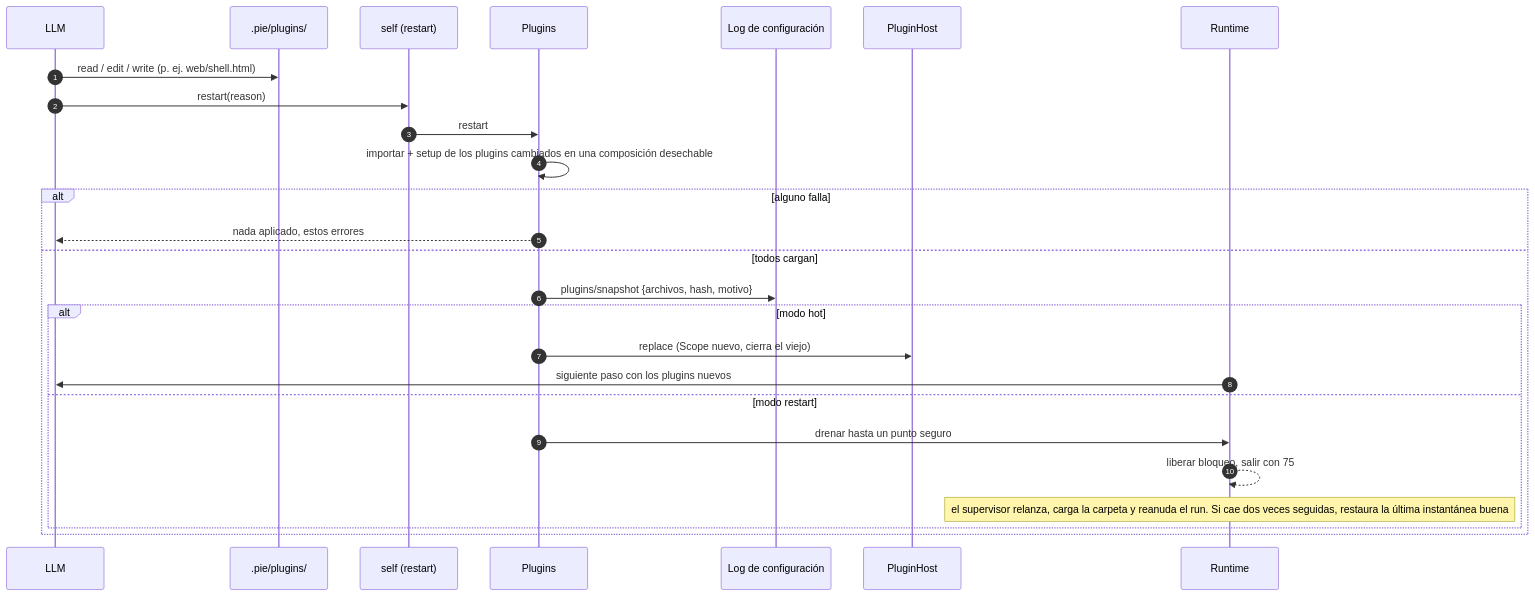
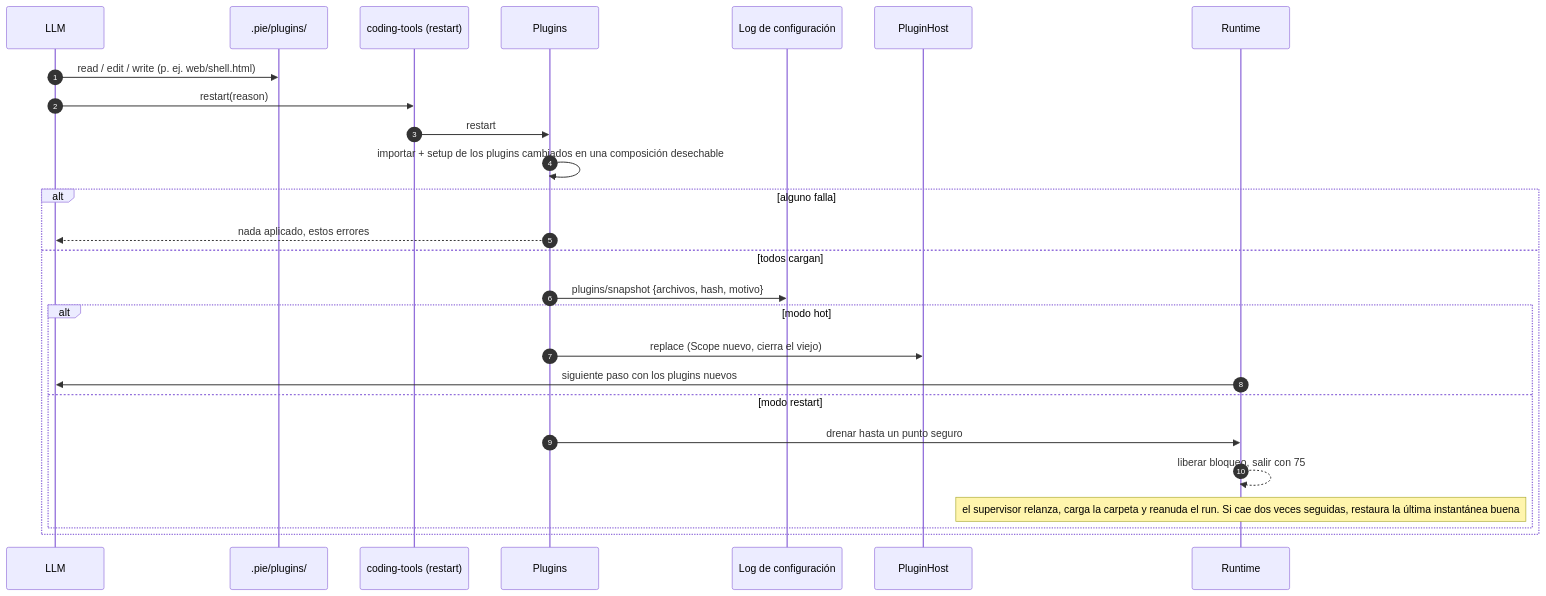
Before and after one commit to JavierDeDiegoGuzman/pie: the diagram in docs/diagramas/automodificacion.mmd, drawn with Mermaid. The commit also changed 14 other files, not shown here.

First line of the commit message:
feat: the model gets pi's tools plus restart; self-modification through docs and the pie CLI

```diff
--- a/docs/diagramas/automodificacion.mmd
+++ b/docs/diagramas/automodificacion.mmd
@@ -1,26 +1,26 @@
 sequenceDiagram
   autonumber
   participant M as LLM
   participant F as .pie/plugins/
-  participant S as self (restart)
+  participant S as coding-tools (restart)
   participant P as Plugins
   participant C as Log de configuración
   participant H as PluginHost
   participant R as Runtime
   M->>F: read / edit / write (p. ej. web/shell.html)
   M->>S: restart(reason)
   S->>P: restart
   P->>P: importar + setup de los plugins cambiados en una composición desechable
   alt alguno falla
     P-->>M: nada aplicado, estos errores
   else todos cargan
     P->>C: plugins/snapshot {archivos, hash, motivo}
     alt modo hot
       P->>H: replace (Scope nuevo, cierra el viejo)
       R->>M: siguiente paso con los plugins nuevos
     else modo restart
       P->>R: drenar hasta un punto seguro
       R-->>R: liberar bloqueo, salir con 75
       Note over R: el supervisor relanza, carga la carpeta y reanuda el run. Si cae dos veces seguidas, restaura la última instantánea buena
     end
   end
```
